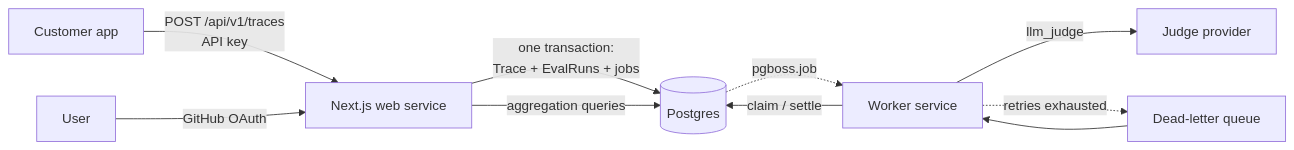
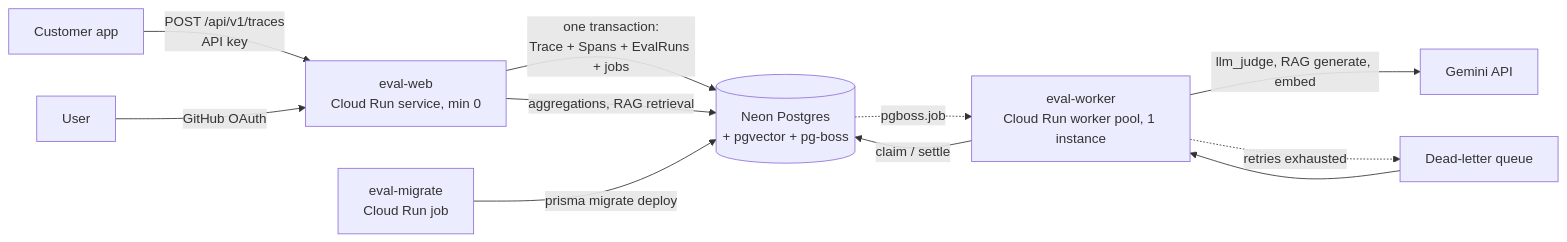
Before and after one commit to Crpedeim/eval: the diagram in README.md, drawn with Mermaid. The commit also changed other lines of this file and 8 other files, not shown here.

Commit message:
Phase 4 docs, README and RESUME_FACTS for Cloud Run; live eval export; .env.example

````diff
--- a/README.md
+++ b/README.md
@@ -40,12 +42,13 @@
 ```mermaid
 flowchart LR
-    Client[Customer app] -->|POST /api/v1/traces<br/>API key| Web[Next.js web service]
+    Client[Customer app] -->|POST /api/v1/traces<br/>API key| Web[eval-web<br/>Cloud Run service, min 0]
     User[User] -->|GitHub OAuth| Web
-    Web -->|one transaction:<br/>Trace + EvalRuns + jobs| DB[(Postgres)]
-    DB -.->|pgboss.job| Worker[Worker service]
+    Web -->|one transaction:<br/>Trace + Spans + EvalRuns + jobs| DB[(Neon Postgres<br/>+ pgvector + pg-boss)]
+    DB -.->|pgboss.job| Worker[eval-worker<br/>Cloud Run worker pool, 1 instance]
     Worker -->|claim / settle| DB
-    Worker -->|llm_judge| LLM[Judge provider]
+    Worker -->|llm_judge, RAG generate, embed| LLM[Gemini API]
     Worker -.->|retries exhausted| DLQ[Dead-letter queue]
     DLQ --> Worker
-    Web -->|aggregation queries| DB
+    Web -->|aggregations, RAG retrieval| DB
+    Job[eval-migrate<br/>Cloud Run job] -->|prisma migrate deploy| DB
 ```
````
